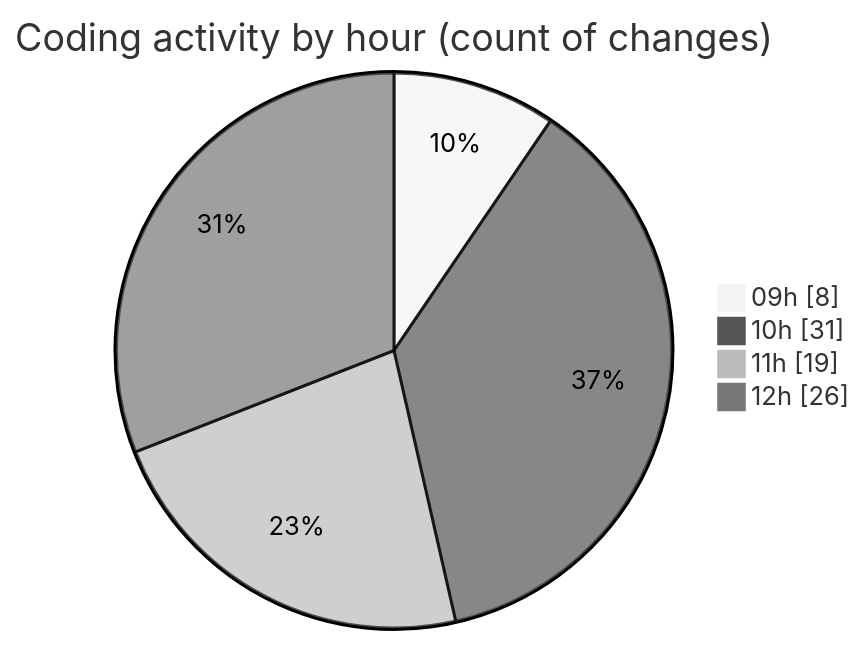
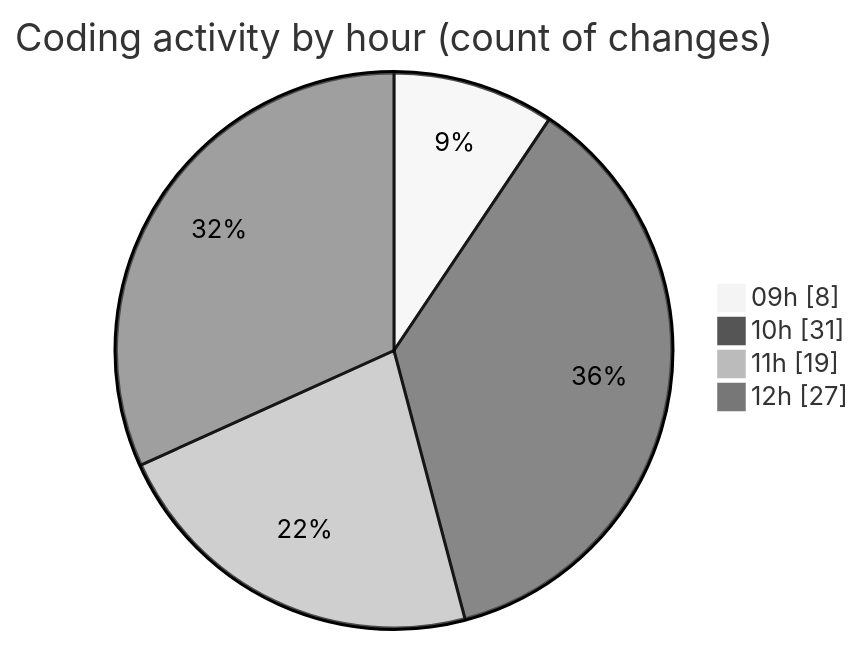
Before and after one commit to momahboobian/code-tracking: the second of 2 diagrams in 2025-06-12/cda/README.md, drawn with Mermaid (neutral theme). The commit also changed other lines of this file and 1 other file, not shown here.

````diff
--- a/2025-06-12/cda/README.md
+++ b/2025-06-12/cda/README.md
@@ -30,8 +30,8 @@
 ```mermaid
 pie showData
 title Coding activity by hour (count of changes)
 "09h" : 8
 "10h" : 31
 "11h" : 19
-"12h" : 26
+"12h" : 27
 ```
````
